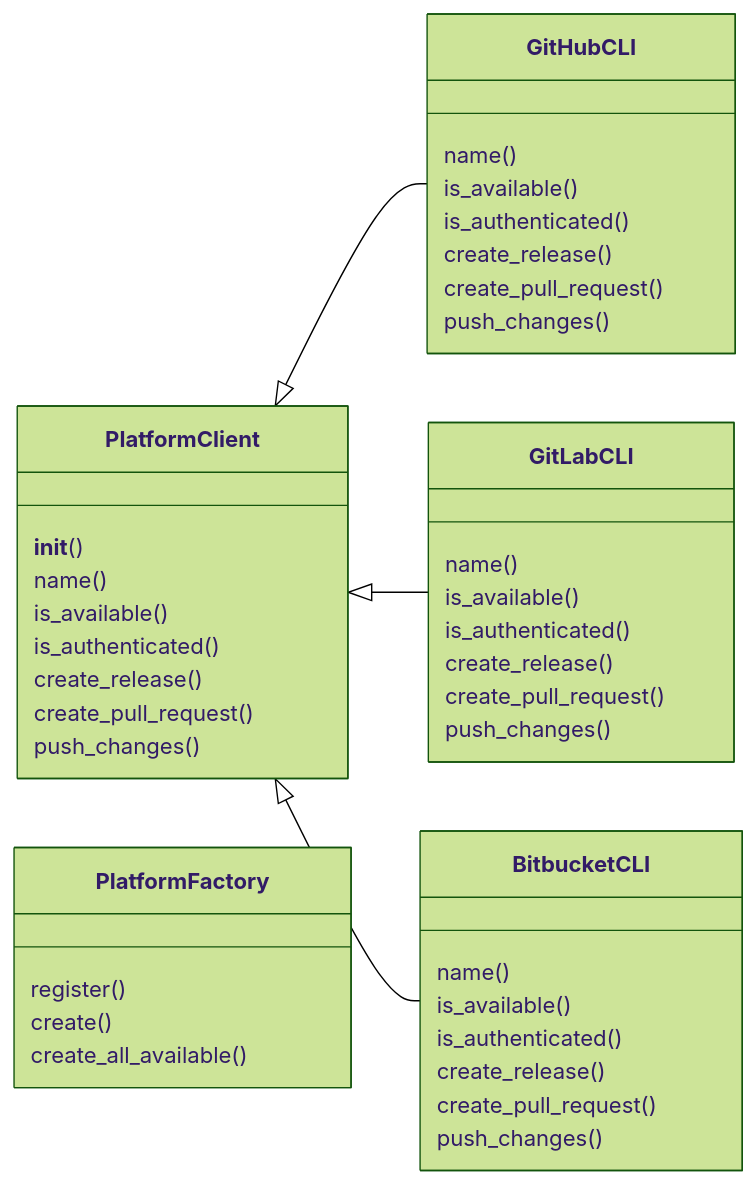
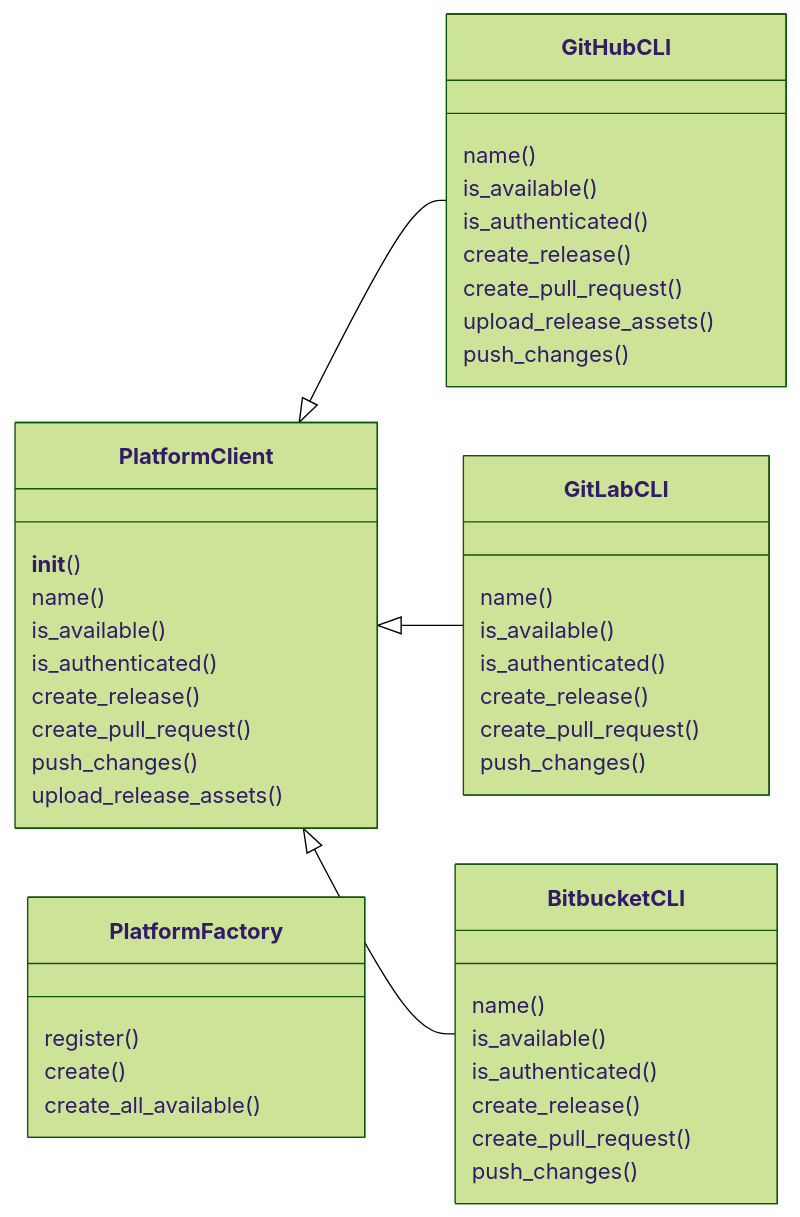
The diagram in readmenator-apidocs/modules/deploynator._platforms.py.md (grisuno/deploynator), drawn with Mermaid (forest theme) before and after one commit. The commit also changed other lines of this file and 120 other files, not shown here.

````diff
--- a/readmenator-apidocs/modules/deploynator._platforms.py.md
+++ b/readmenator-apidocs/modules/deploynator._platforms.py.md
@@ -11,40 +11,42 @@
 ```mermaid
 classDiagram
     direction LR
     class PlatformClient
     PlatformClient : __init__()
     PlatformClient : name()
     PlatformClient : is_available()
     PlatformClient : is_authenticated()
     PlatformClient : create_release()
     PlatformClient : create_pull_request()
     PlatformClient : push_changes()
+    PlatformClient : upload_release_assets()
     class GitHubCLI
     GitHubCLI : name()
     GitHubCLI : is_available()
     GitHubCLI : is_authenticated()
     GitHubCLI : create_release()
     GitHubCLI : create_pull_request()
+    GitHubCLI : upload_release_assets()
     GitHubCLI : push_changes()
     class GitLabCLI
     GitLabCLI : name()
     GitLabCLI : is_available()
     GitLabCLI : is_authenticated()
     GitLabCLI : create_release()
     GitLabCLI : create_pull_request()
     GitLabCLI : push_changes()
     class BitbucketCLI
     BitbucketCLI : name()
     BitbucketCLI : is_available()
     BitbucketCLI : is_authenticated()
     BitbucketCLI : create_release()
     BitbucketCLI : create_pull_request()
     BitbucketCLI : push_changes()
     class PlatformFactory
     PlatformFactory : register()
     PlatformFactory : create()
     PlatformFactory : create_all_available()
     PlatformClient <|-- GitHubCLI
     PlatformClient <|-- GitLabCLI
     PlatformClient <|-- BitbucketCLI
 ```
````
